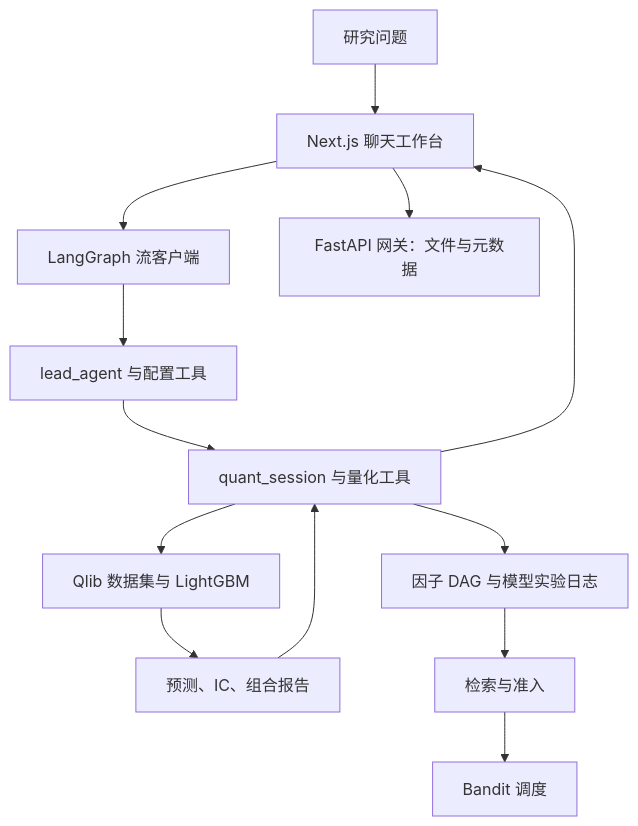
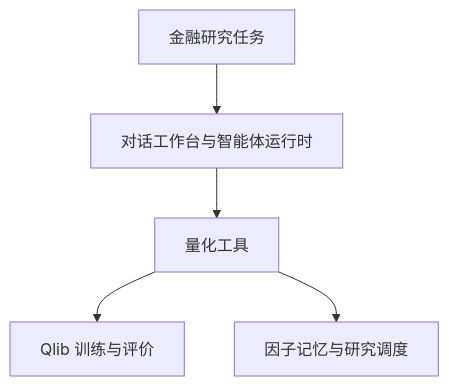
Before and after one commit to Soros2040/Fintelligence: the diagram in README_zh.md, drawn with Mermaid. The commit also changed 1 other file, not shown here.

Commit message:
Make homepage architecture overviews easier to read

````diff
--- a/README_zh.md
+++ b/README_zh.md
@@ -11,15 +11,7 @@
 ```mermaid
-flowchart TD
-    U[研究问题] --> UI[Next.js 聊天工作台]
-    UI --> S[LangGraph 流客户端]
-    S --> A[lead_agent 与配置工具]
-    UI --> G[FastAPI 网关：文件与元数据]
-    A --> Q[quant_session 与量化工具]
-    Q --> P[Qlib 数据集与 LightGBM]
-    P --> M[预测、IC、组合报告]
-    Q --> D[因子 DAG 与模型实验日志]
-    D --> R[检索与准入]
-    R --> B[Bandit 调度]
-    M --> Q
-    Q --> UI
+flowchart TB
+    U[金融研究任务] --> A[对话工作台与智能体运行时]
+    A --> T[量化工具]
+    T --> Q[Qlib 训练与评价]
+    T --> M[因子记忆与研究调度]
 ```
````
